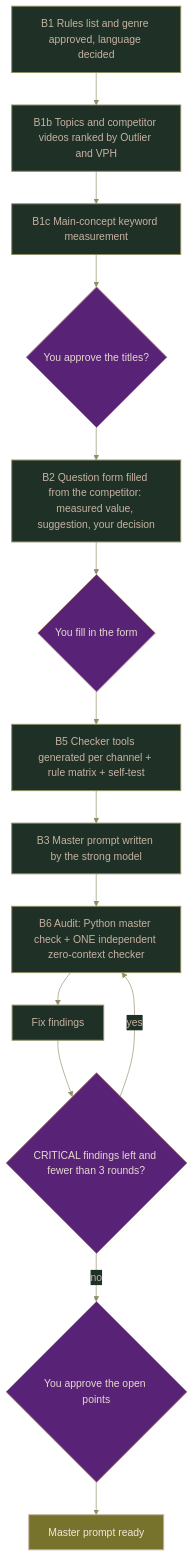
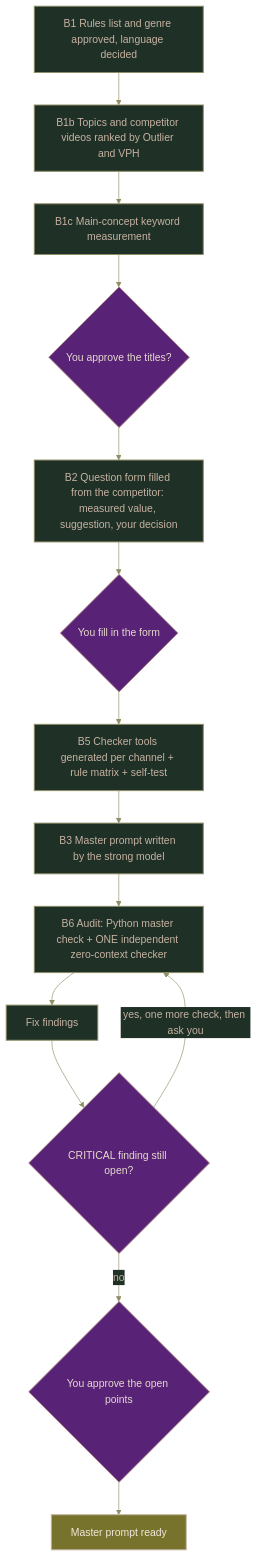
Before and after one commit to jenny-gecglr/youtube-automation-competitor-analysis: the fourth of 5 diagrams in README.md, drawn with Mermaid. The commit also changed other lines of this file and 1 other file, not shown here.

Commit message:
v2.1.0: add A14 (rules and patterns after the analysis), Python first in the check budget, align README rounds

````diff
--- a/README.md
+++ b/README.md
@@ -163,23 +168,23 @@
 ```mermaid
 %%{init: {"theme":"base","themeVariables":{"fontFamily":"Georgia, serif","primaryColor":"#1F3026","primaryTextColor":"#C7B3A3","primaryBorderColor":"#8F8E66","lineColor":"#8F8E66","tertiaryTextColor":"#C7B3A3","edgeLabelBackground":"#1F3026"}}}%%
 flowchart TD
     B1["B1 Rules list and genre approved, language decided"] --> B1B["B1b Topics and competitor videos ranked by Outlier and VPH"]
     B1B --> B1C["B1c Main-concept keyword measurement"]
     B1C --> G4{"You approve the titles?"}
     G4 --> B2["B2 Question form filled from the competitor: measured value, suggestion, your decision"]
     B2 --> G5{"You fill in the form"}
     G5 --> B5["B5 Checker tools generated per channel + rule matrix + self-test"]
     B5 --> B3["B3 Master prompt written by the strong model"]
     B3 --> R["B6 Audit: Python master check + ONE independent zero-context checker"]
     R --> FIX["Fix findings"]
-    FIX --> R2{"CRITICAL findings left and fewer than 3 rounds?"}
-    R2 -- "yes" --> R
+    FIX --> R2{"CRITICAL finding still open?"}
+    R2 -- "yes, one more check, then ask you" --> R
     R2 -- "no" --> G6{"You approve the open points"}
     G6 --> M["Master prompt ready"]
     classDef cBase fill:#1F3026,stroke:#8F8E66,color:#C7B3A3,stroke-width:1.5px
     classDef cGate fill:#582377,stroke:#A3787B,color:#E6D9CC,stroke-width:1.5px
     classDef cOut fill:#77732C,stroke:#C7B3A3,color:#F2E8DD,stroke-width:1.5px
     class B1,B1B,B1C,B2,B5,B3,R,FIX cBase
     class G4,G5,R2,G6 cGate
     class M cOut
 ```
````
